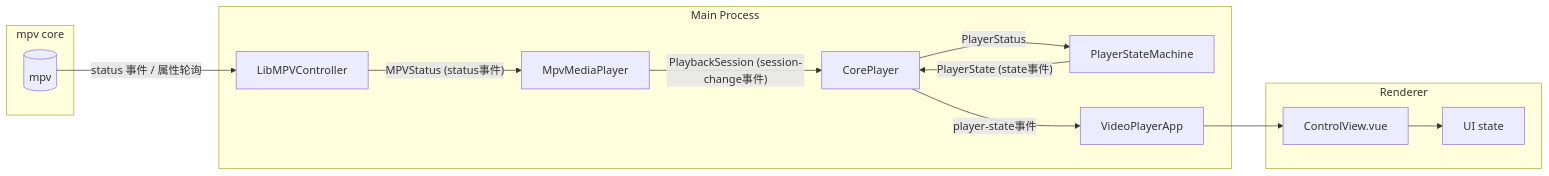
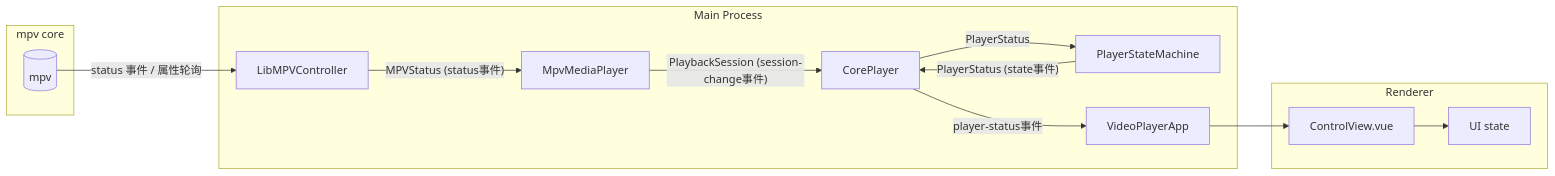
One commit to Lucas-lgm/mpv-electron changed the second of 2 diagrams in docs/development/PLAYER_STATE_DATAFLOW.md. Above: the diagram before and after it, drawn with Mermaid. The commit also changed other lines of this file and 1 other file, not shown here.

First line of the commit message:
refactor(player-status): update event names and documentation for consistency

````diff
--- a/docs/development/PLAYER_STATE_DATAFLOW.md
+++ b/docs/development/PLAYER_STATE_DATAFLOW.md
@@ -42,28 +42,28 @@
 ```mermaid
 flowchart LR
   subgraph MPV["mpv core"]
     MPVCore[(mpv)]
   end
 
   subgraph Main["Main Process"]
     LC[LibMPVController]
     MP[MpvMediaPlayer]
     Core[CorePlayer]
     SM[PlayerStateMachine]
     App[VideoPlayerApp]
   end
 
   subgraph Renderer
     UI[ControlView.vue]
     UIState[UI state]
   end
 
   MPVCore -- status 事件 / 属性轮询 --> LC
   LC -- MPVStatus (status事件) --> MP
   MP -- PlaybackSession (session-change事件) --> Core
   Core -- PlayerStatus --> SM
-  SM -- PlayerState (state事件) --> Core
-  Core -- player-state事件 --> App
+  SM -- PlayerStatus (state事件) --> Core
+  Core -- player-status事件 --> App
   App --> UI
   UI --> UIState
 ```
````
